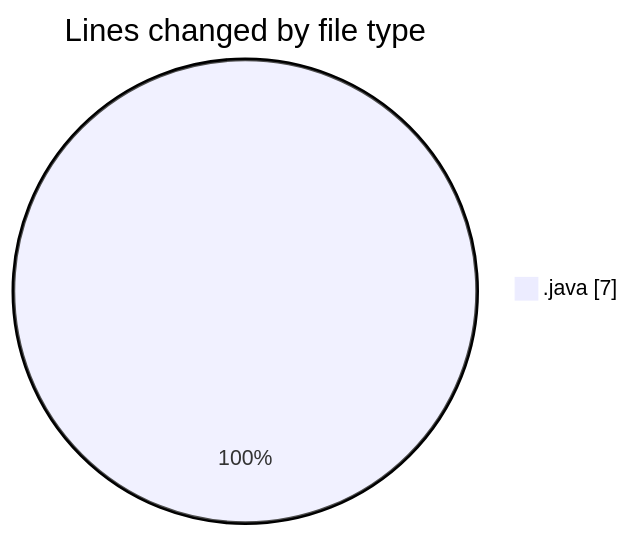
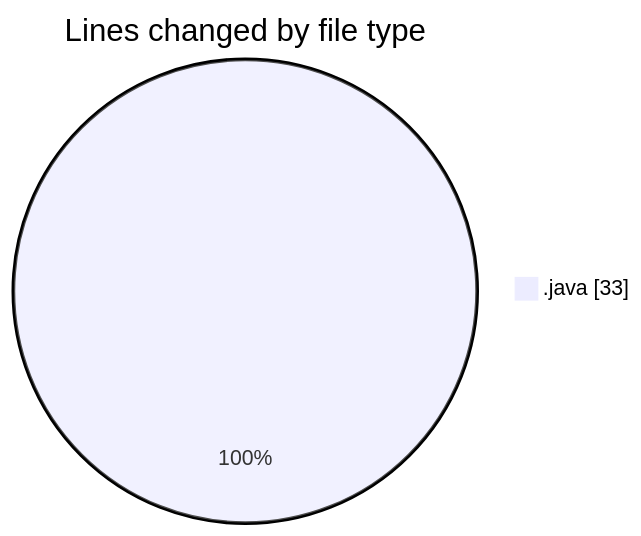
Before and after one commit to hasnaa123/code-tracking: the first of 2 diagrams in 2026-10-04/taskforge/README.md, drawn with Mermaid. The commit also changed other lines of this file and 1 other file, not shown here.

````diff
--- a/2026-10-04/taskforge/README.md
+++ b/2026-10-04/taskforge/README.md
@@ -20,5 +20,5 @@
 ```mermaid
 pie showData
 title Lines changed by file type
-".java" : 7
+".java" : 33
 ```
````
